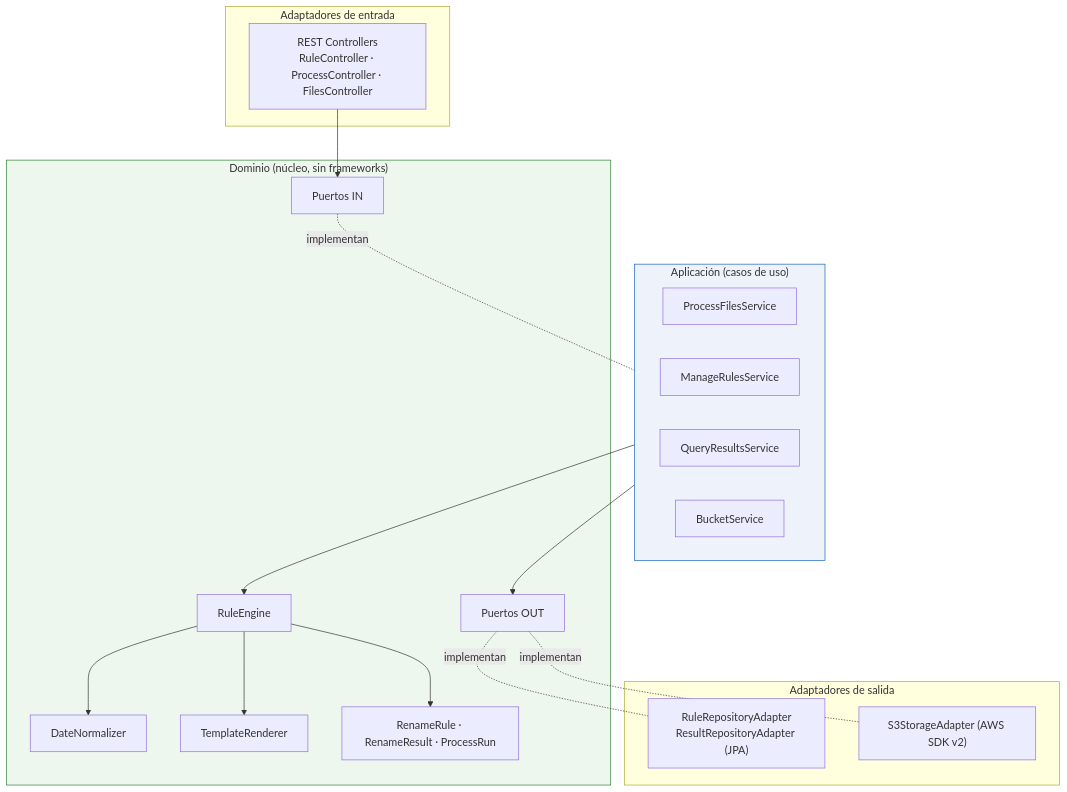
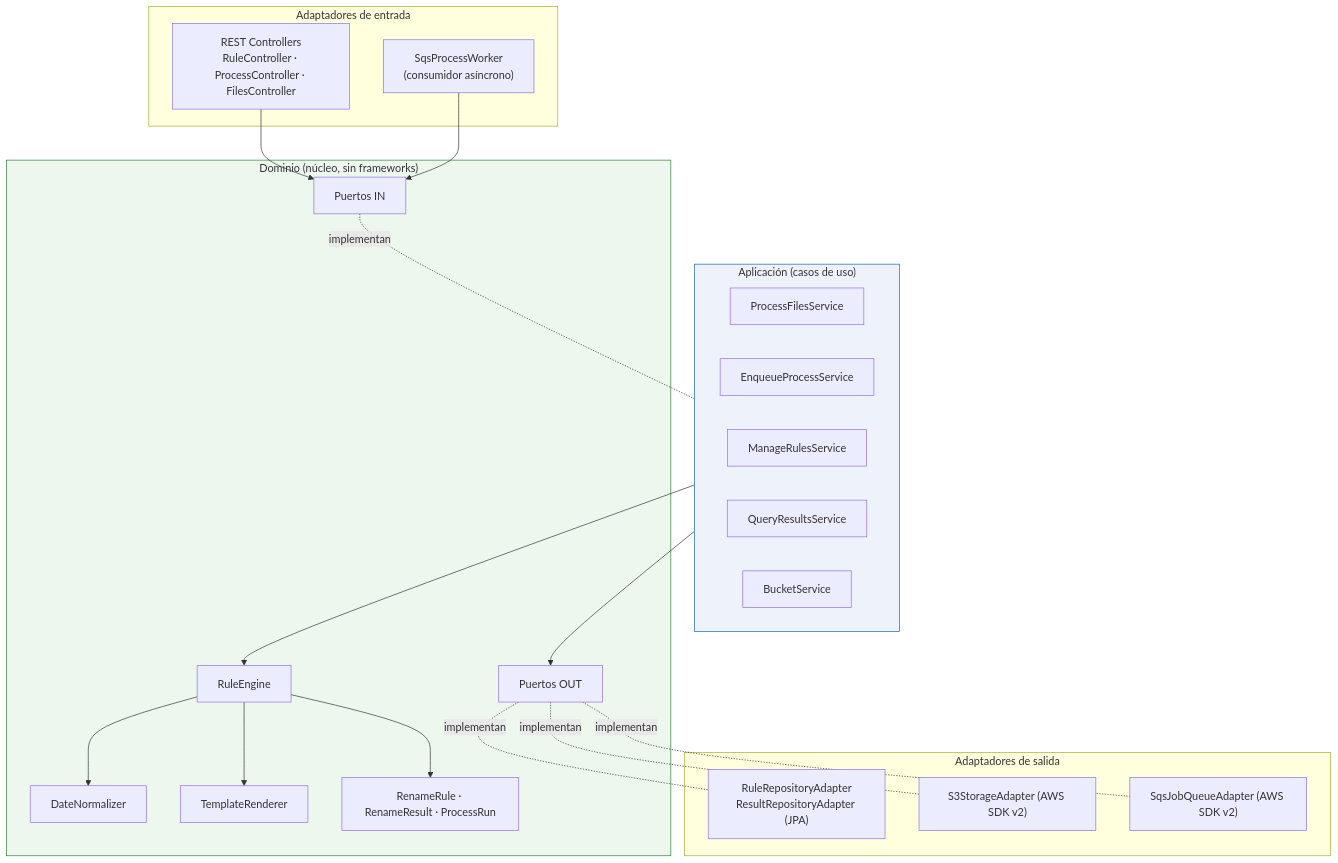
Before and after one commit to lowfps/rename-files-fullstack: the second of 4 diagrams in docs/architecture.md, drawn with Mermaid. The commit also changed other lines of this file and 20 other files, not shown here.

Commit message:
Asyn Process SQS

````diff
--- a/docs/architecture.md
+++ b/docs/architecture.md
@@ -15,40 +17,45 @@
 ```mermaid
 flowchart TB
     subgraph IN["Adaptadores de entrada"]
         WEB["REST Controllers<br/>RuleController · ProcessController · FilesController"]
+        WORKER["SqsProcessWorker<br/>(consumidor asíncrono)"]
     end
 
     subgraph APP["Aplicación (casos de uso)"]
         PFS["ProcessFilesService"]
+        EPS["EnqueueProcessService"]
         MRS["ManageRulesService"]
         QRS["QueryResultsService"]
         BKS["BucketService"]
     end
 
     subgraph DOM["Dominio (núcleo, sin frameworks)"]
         ENGINE["RuleEngine"]
         DATE["DateNormalizer"]
         TPL["TemplateRenderer"]
         MODEL["RenameRule · RenameResult · ProcessRun"]
         PIN["Puertos IN"]
         POUT["Puertos OUT"]
     end
 
     subgraph OUT["Adaptadores de salida"]
         JPA["RuleRepositoryAdapter<br/>ResultRepositoryAdapter (JPA)"]
         S3A["S3StorageAdapter (AWS SDK v2)"]
+        SQSA["SqsJobQueueAdapter (AWS SDK v2)"]
     end
 
     WEB --> PIN
+    WORKER --> PIN
     PIN -.implementan.- APP
     APP --> ENGINE
     APP --> POUT
     POUT -.implementan.- JPA
     POUT -.implementan.- S3A
+    POUT -.implementan.- SQSA
     ENGINE --> DATE
     ENGINE --> TPL
     ENGINE --> MODEL
 
     style DOM fill:#eef7ee,stroke:#2e7d32
     style APP fill:#eef2fb,stroke:#1565c0
 ```
````
